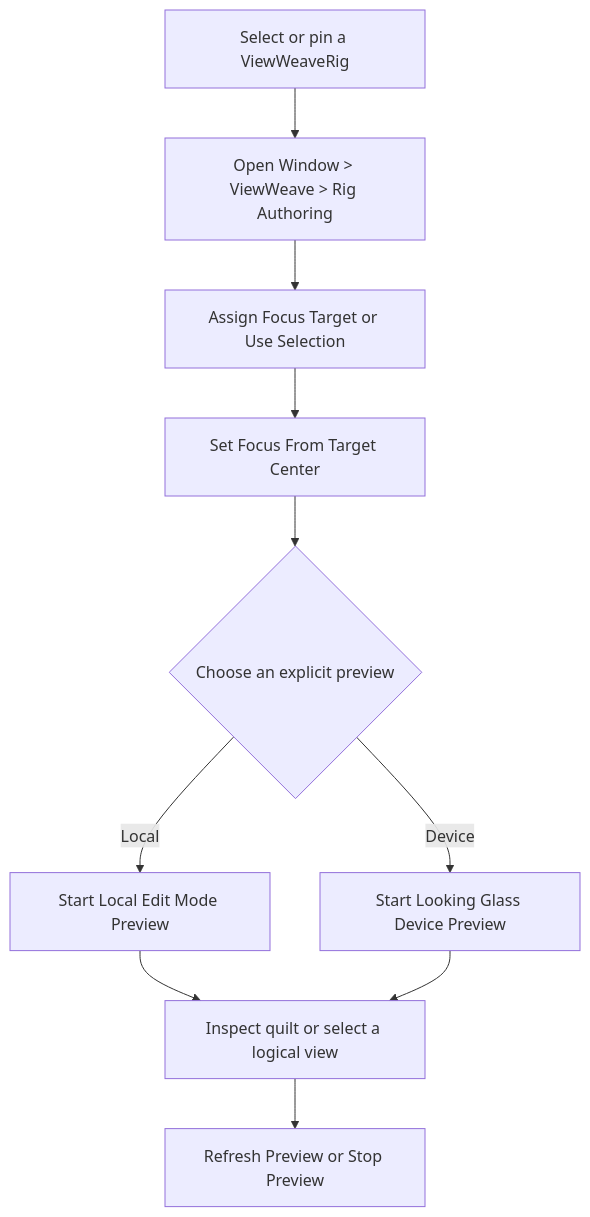
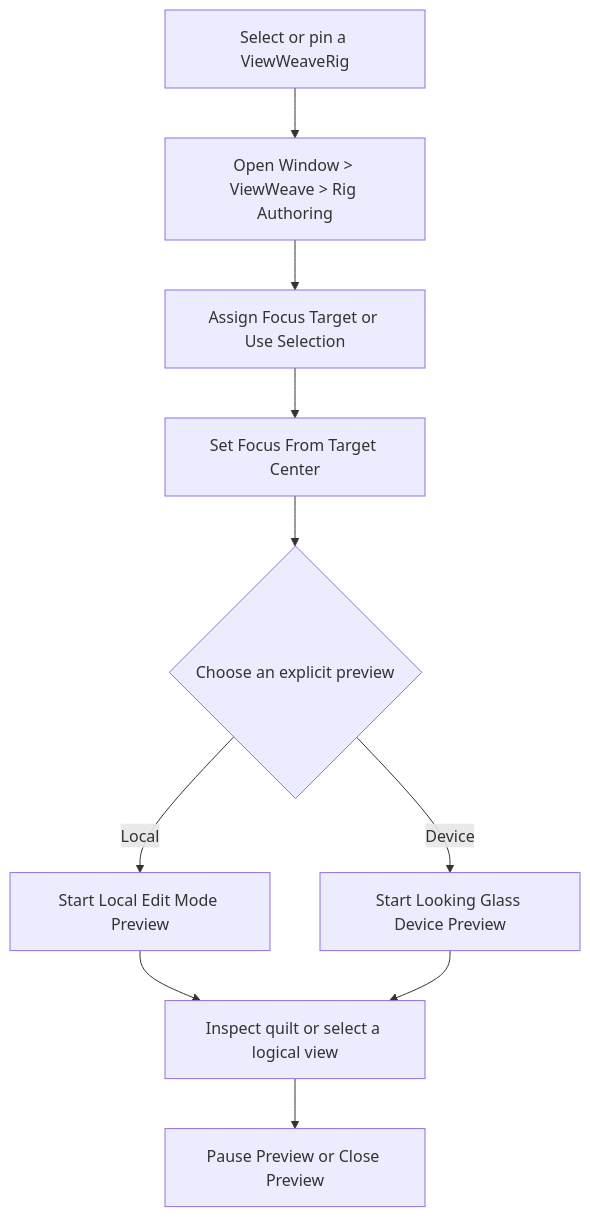
One commit to zabaglione/ViewWeave changed the first of 4 diagrams in docs/quilt-authoring.md. Above: the diagram before and after it, drawn with Mermaid. The commit also changed other lines of this file and 34 other files, not shown here.

Commit message:
fix: reuse Edit Mode preview resources across pause and resume

````diff
--- a/docs/quilt-authoring.md
+++ b/docs/quilt-authoring.md
@@ -19,12 +19,12 @@
 ```mermaid
 flowchart TB
     Rig["Select or pin a ViewWeaveRig"] --> Window["Open Window > ViewWeave > Rig Authoring"]
     Window --> Target["Assign Focus Target or Use Selection"]
     Target --> Focus["Set Focus From Target Center"]
     Focus --> Preview{"Choose an explicit preview"}
     Preview -->|Local| Local["Start Local Edit Mode Preview"]
     Preview -->|Device| Device["Start Looking Glass Device Preview"]
     Local --> Inspect["Inspect quilt or select a logical view"]
     Device --> Inspect
-    Inspect --> Stop["Refresh Preview or Stop Preview"]
+    Inspect --> Stop["Pause Preview or Close Preview"]
 ```
````
